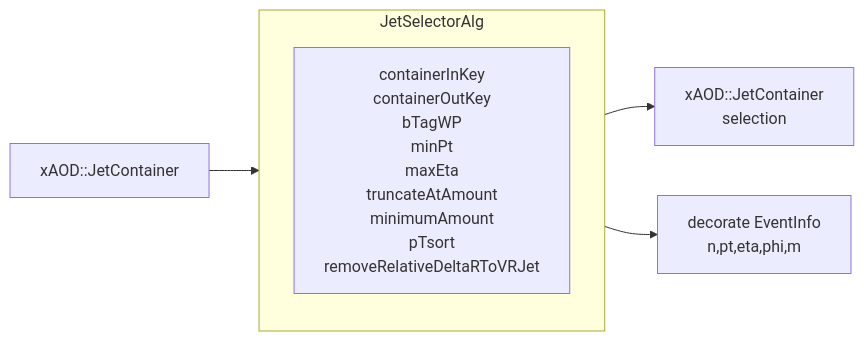
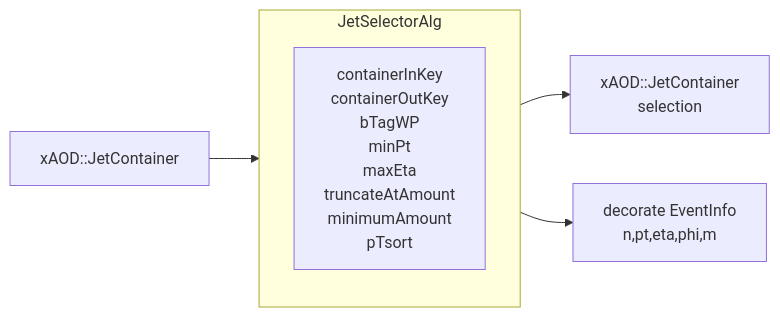
Before and after one commit to alessio94/easyjet-leptons-met: the first of 4 diagrams in bbbbAnalysis/docs/Algorithms.md, drawn with Mermaid. The commit also changed other lines of this file and 22 other files, not shown here.

````diff
--- a/bbbbAnalysis/docs/Algorithms.md
+++ b/bbbbAnalysis/docs/Algorithms.md
@@ -26,9 +26,9 @@
 ```mermaid
 flowchart LR
 A[xAOD::JetContainer] --> JetSelectorAlg
 subgraph JetSelectorAlg
-containerInKey\ncontainerOutKey\nbTagWP\nminPt\nmaxEta\ntruncateAtAmount\nminimumAmount\npTsort\nremoveRelativeDeltaRToVRJet
+containerInKey\ncontainerOutKey\nbTagWP\nminPt\nmaxEta\ntruncateAtAmount\nminimumAmount\npTsort
  end
 JetSelectorAlg --> B[xAOD::JetContainer\n selection]
 JetSelectorAlg --> C[decorate EventInfo\n n,pt,eta,phi,m]
 ```
````
